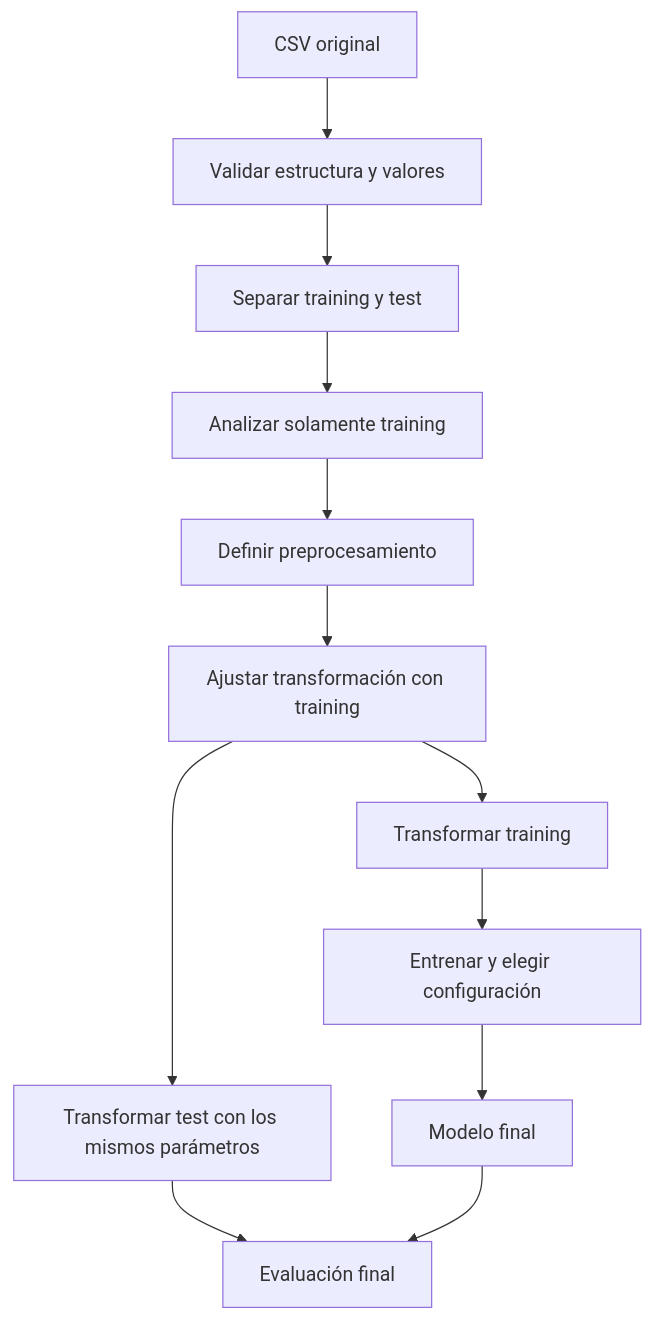
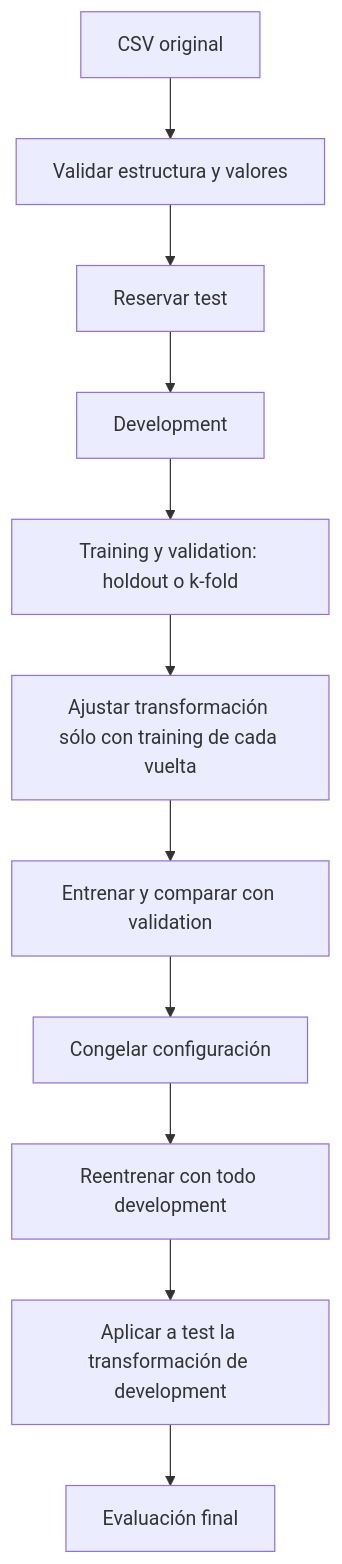
Before and after one commit to gnacuzzi/sia-tps: the fourth of 10 diagrams in tp3/docs/guia-desde-cero.md, drawn with Mermaid. The commit also changed other lines of this file and 356 other files, not shown here.

````diff
--- a/tp3/docs/guia-desde-cero.md
+++ b/tp3/docs/guia-desde-cero.md
@@ -156,14 +157,13 @@
 ```mermaid
 flowchart TD
     A[CSV original] --> B[Validar estructura y valores]
-    B --> C[Separar training y test]
-    C --> D[Analizar solamente training]
-    D --> E[Definir preprocesamiento]
-    E --> F[Ajustar transformación con training]
-    F --> G[Transformar training]
-    F --> H[Transformar test con los mismos parámetros]
-    G --> I[Entrenar y elegir configuración]
-    I --> J[Modelo final]
-    H --> K[Evaluación final]
-    J --> K
+    B --> C[Reservar test]
+    C --> D[Development]
+    D --> E[Training y validation: holdout o k-fold]
+    E --> F[Ajustar transformación sólo con training de cada vuelta]
+    F --> G[Entrenar y comparar con validation]
+    G --> H[Congelar configuración]
+    H --> I[Reentrenar con todo development]
+    I --> J[Aplicar a test la transformación de development]
+    J --> K[Evaluación final]
 ```
````
